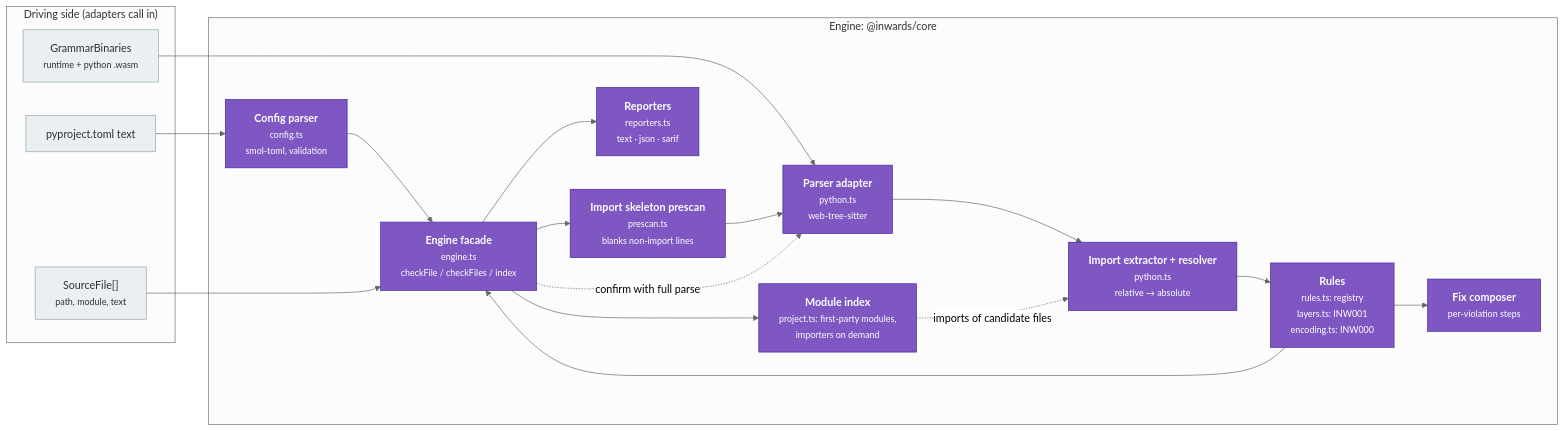
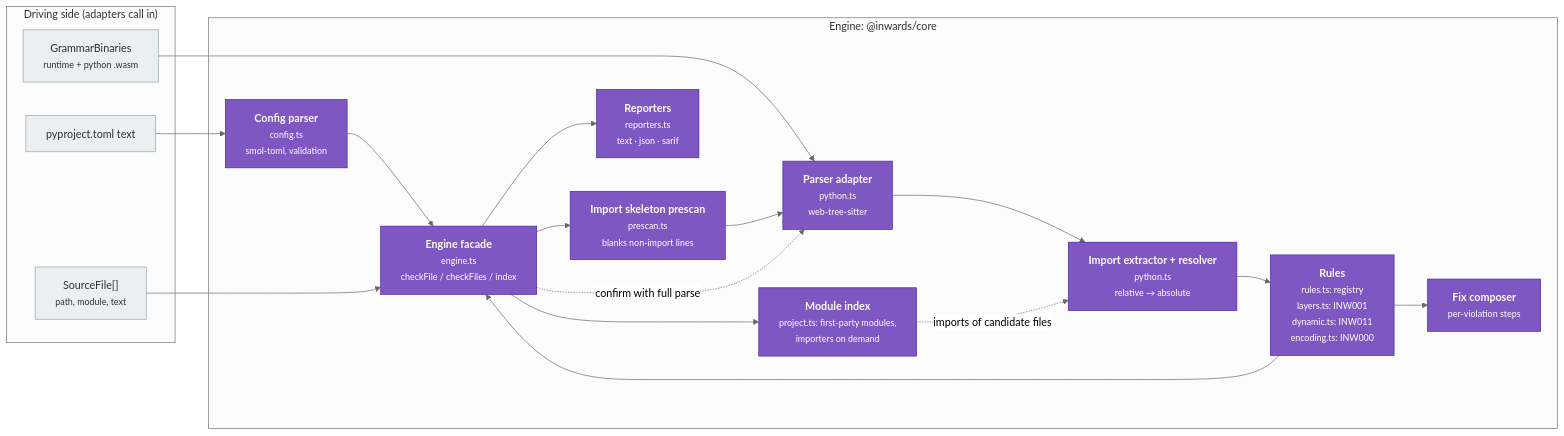
Before and after one commit to SirCypkowskyy/inwards: the third of 6 diagrams in docs/chapters/03-Architecture-C4.md, drawn with Mermaid (neutral theme). The commit also changed other lines of this file and 14 other files, not shown here.

First line of the commit message:
INW011: report literal dynamic imports that reach an outer layer

````diff
--- a/docs/chapters/03-Architecture-C4.md
+++ b/docs/chapters/03-Architecture-C4.md
@@ -109,37 +109,37 @@
 ```mermaid
 flowchart LR
     subgraph driving["Driving side (adapters call in)"]
         files["SourceFile[]<br/><small>path, module, text</small>"]
         cfgtext["pyproject.toml text"]
         wasm["GrammarBinaries<br/><small>runtime + python .wasm</small>"]
     end
 
     subgraph enginebox["Engine: @inwards/core"]
         config["<b>Config parser</b><br/><small>config.ts<br/>smol-toml, validation</small>"]
         pre["<b>Import skeleton prescan</b><br/><small>prescan.ts<br/>blanks non-import lines</small>"]
         parser["<b>Parser adapter</b><br/><small>python.ts<br/>web-tree-sitter</small>"]
         extract["<b>Import extractor + resolver</b><br/><small>python.ts<br/>relative → absolute</small>"]
-        rules["<b>Rules</b><br/><small>rules.ts: registry<br/>layers.ts: INW001<br/>encoding.ts: INW000</small>"]
+        rules["<b>Rules</b><br/><small>rules.ts: registry<br/>layers.ts: INW001<br/>dynamic.ts: INW011<br/>encoding.ts: INW000</small>"]
         fix["<b>Fix composer</b><br/><small>per-violation steps</small>"]
         report["<b>Reporters</b><br/><small>reporters.ts<br/>text · json · sarif</small>"]
         engine["<b>Engine facade</b><br/><small>engine.ts<br/>checkFile / checkFiles / index</small>"]
         modgraph["<b>Module index</b><br/><small>project.ts: first-party modules,<br/>importers on demand</small>"]
     end
 
     cfgtext --> config --> engine
     wasm --> parser
     files --> engine
     engine --> pre --> parser --> extract --> rules
     rules --> fix
     rules --> engine
     engine -. "confirm with full parse" .-> parser
     engine --> modgraph
     modgraph -. "imports of candidate files" .-> extract
     engine --> report
 
     classDef comp fill:#7e57c2,color:#fff,stroke:#4527a0
     classDef planned fill:#ede7f6,color:#4527a0,stroke:#7e57c2,stroke-dasharray:5 5
     classDef port fill:#eceff1,color:#263238,stroke:#90a4ae
     class config,pre,parser,extract,rules,fix,report,engine,modgraph comp
     class files,cfgtext,wasm port
 ```
````
